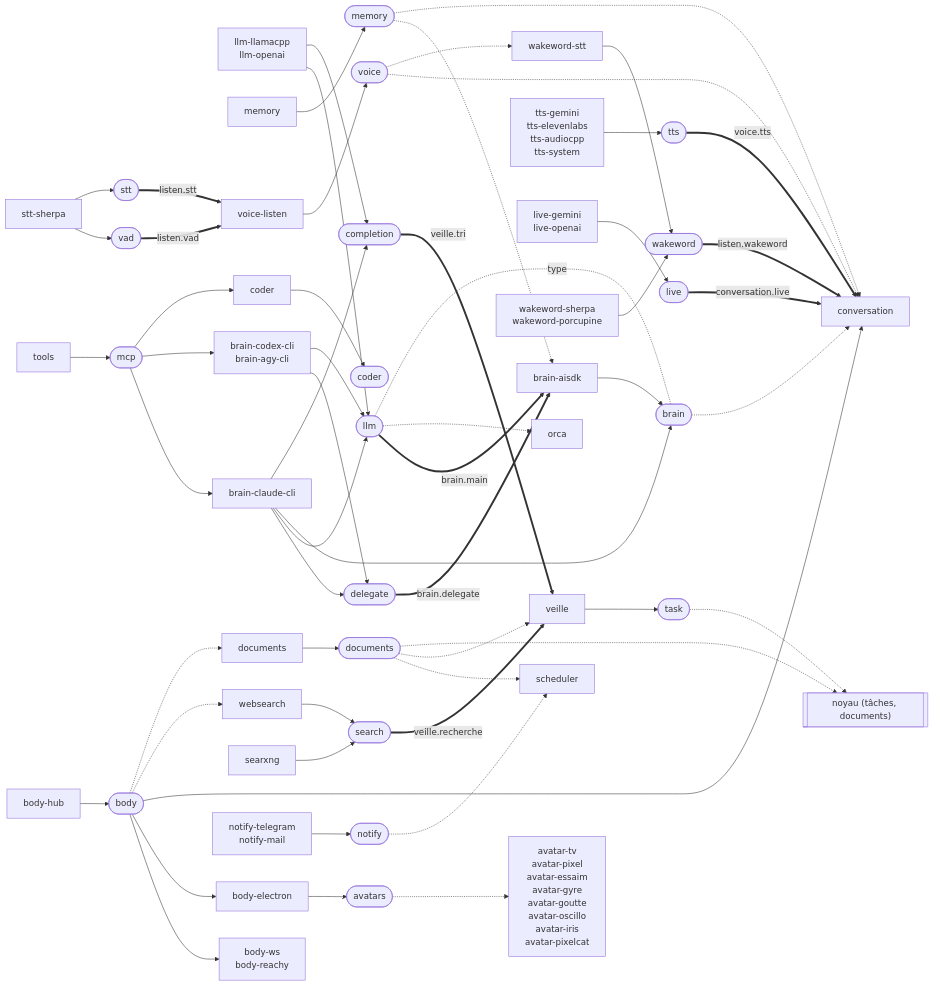
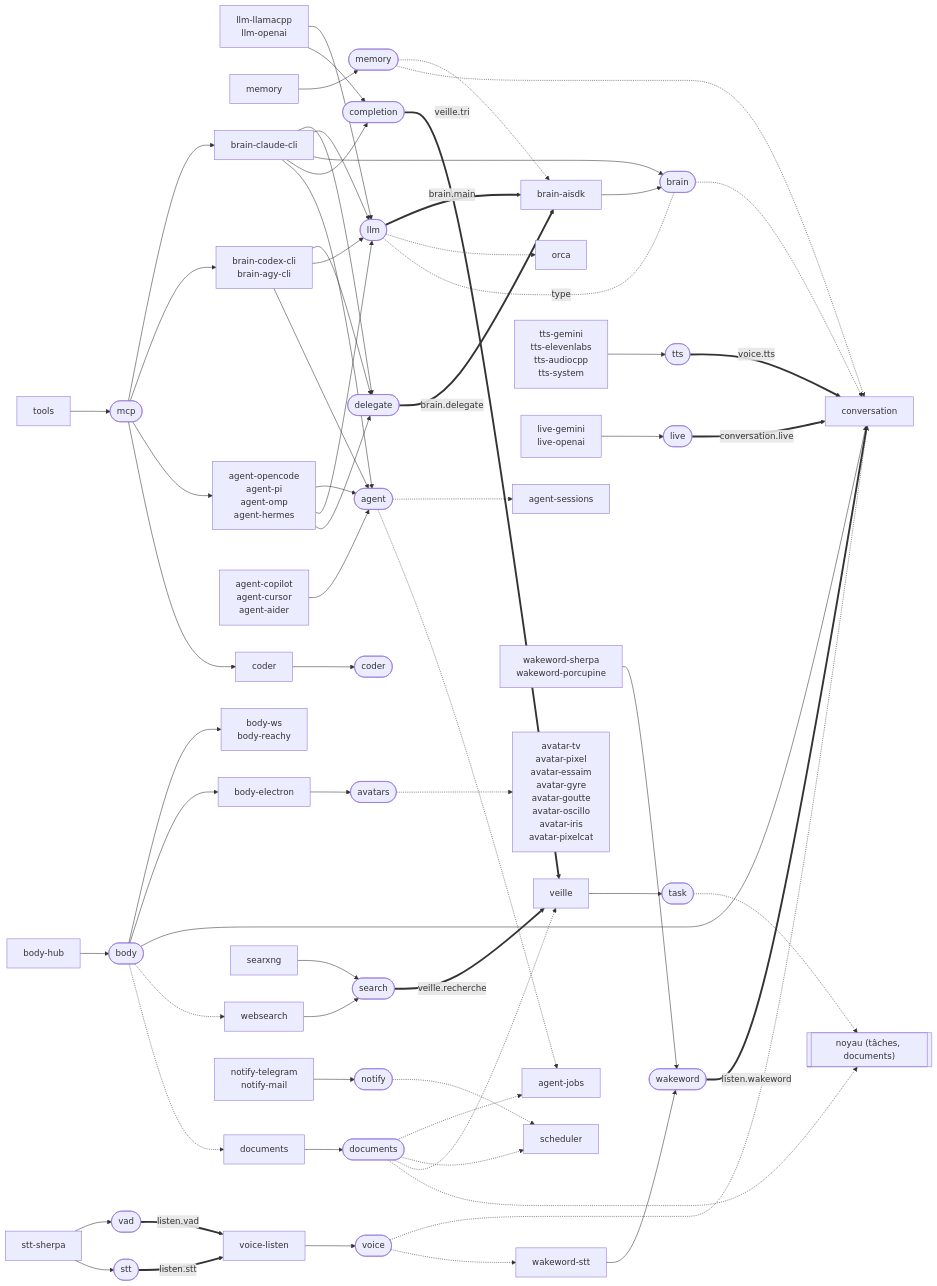
One commit to gleborgne/floppy changed the second of 6 diagrams in docs/spec/noyau.md. Above: the diagram before and after it, drawn with Mermaid. The commit also changed other lines of this file and 59 other files, not shown here.

````diff
--- a/docs/spec/noyau.md
+++ b/docs/spec/noyau.md
@@ -58,6 +58,7 @@
 ```mermaid
 flowchart LR
   p_noyau[["noyau (tâches, documents)"]]
+  s_agent(["agent"])
   s_avatars(["avatars"])
   s_body(["body"])
   s_brain(["brain"])
@@ -94,11 +95,20 @@
   p_brain_claude_cli --> s_llm
   p_brain_claude_cli --> s_brain
   p_brain_claude_cli --> s_completion
+  p_brain_claude_cli --> s_agent
   s_mcp --> p_brain_claude_cli
   p_brain_codex_cli["brain-codex-cli<br/>brain-agy-cli"]
   p_brain_codex_cli --> s_delegate
   p_brain_codex_cli --> s_llm
+  p_brain_codex_cli --> s_agent
   s_mcp --> p_brain_codex_cli
+  p_agent_opencode["agent-opencode<br/>agent-pi<br/>agent-omp<br/>agent-hermes"]
+  p_agent_opencode --> s_agent
+  p_agent_opencode --> s_llm
+  p_agent_opencode --> s_delegate
+  s_mcp --> p_agent_opencode
+  p_agent_copilot["agent-copilot<br/>agent-cursor<br/>agent-aider"]
+  p_agent_copilot --> s_agent
   p_body_hub["body-hub"]
   p_body_hub --> s_body
   p_body_ws["body-ws<br/>body-reachy"]
@@ -124,6 +134,11 @@
   p_coder["coder"]
   p_coder --> s_coder
   s_mcp --> p_coder
+  p_agent_sessions["agent-sessions"]
+  s_agent -.-> p_agent_sessions
+  p_agent_jobs["agent-jobs"]
+  s_agent -.-> p_agent_jobs
+  s_documents -.-> p_agent_jobs
   p_tts_gemini["tts-gemini<br/>tts-elevenlabs<br/>tts-audiocpp<br/>tts-system"]
   p_tts_gemini --> s_tts
   p_live_gemini["live-gemini<br/>live-openai"]
````
